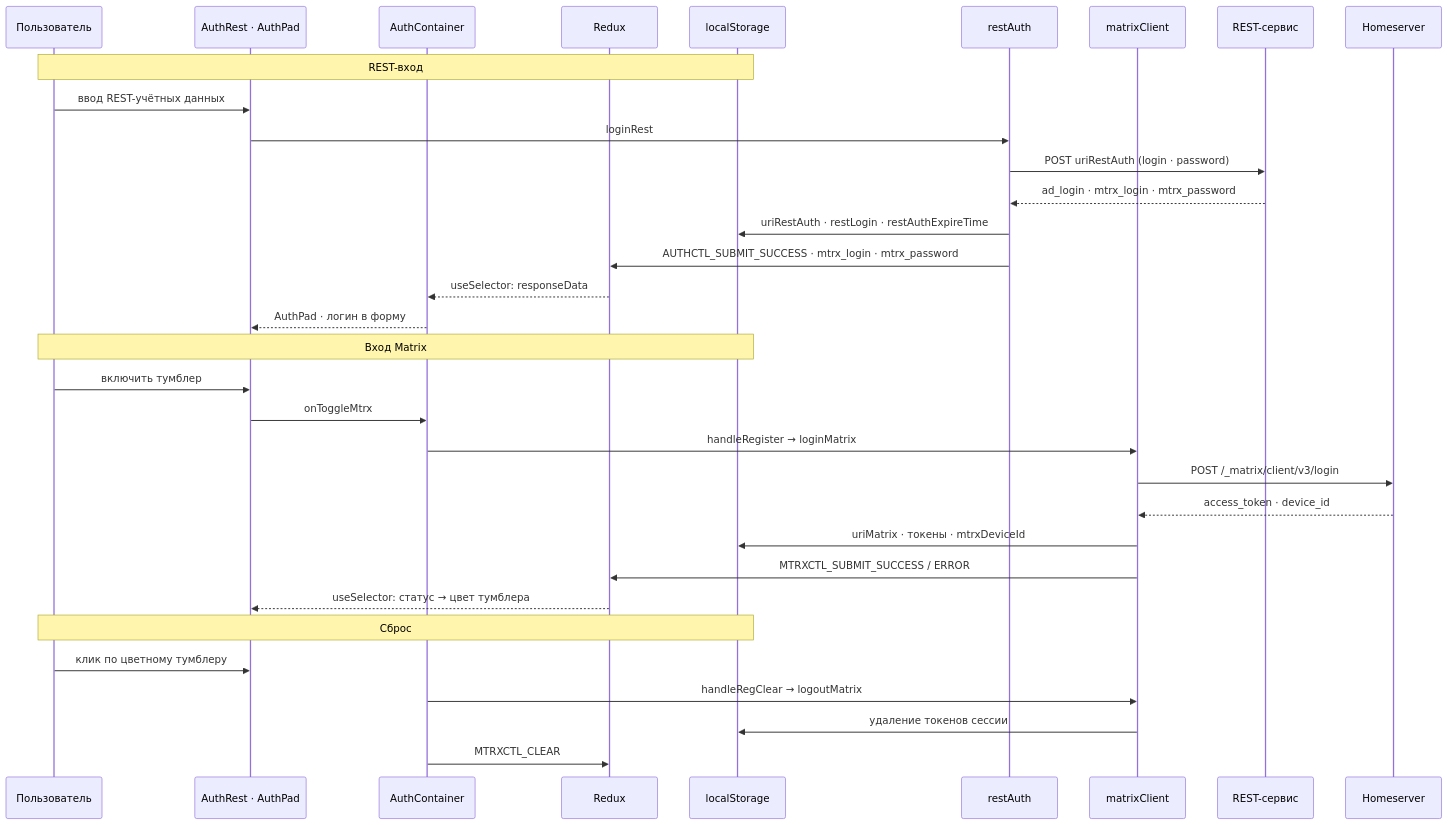
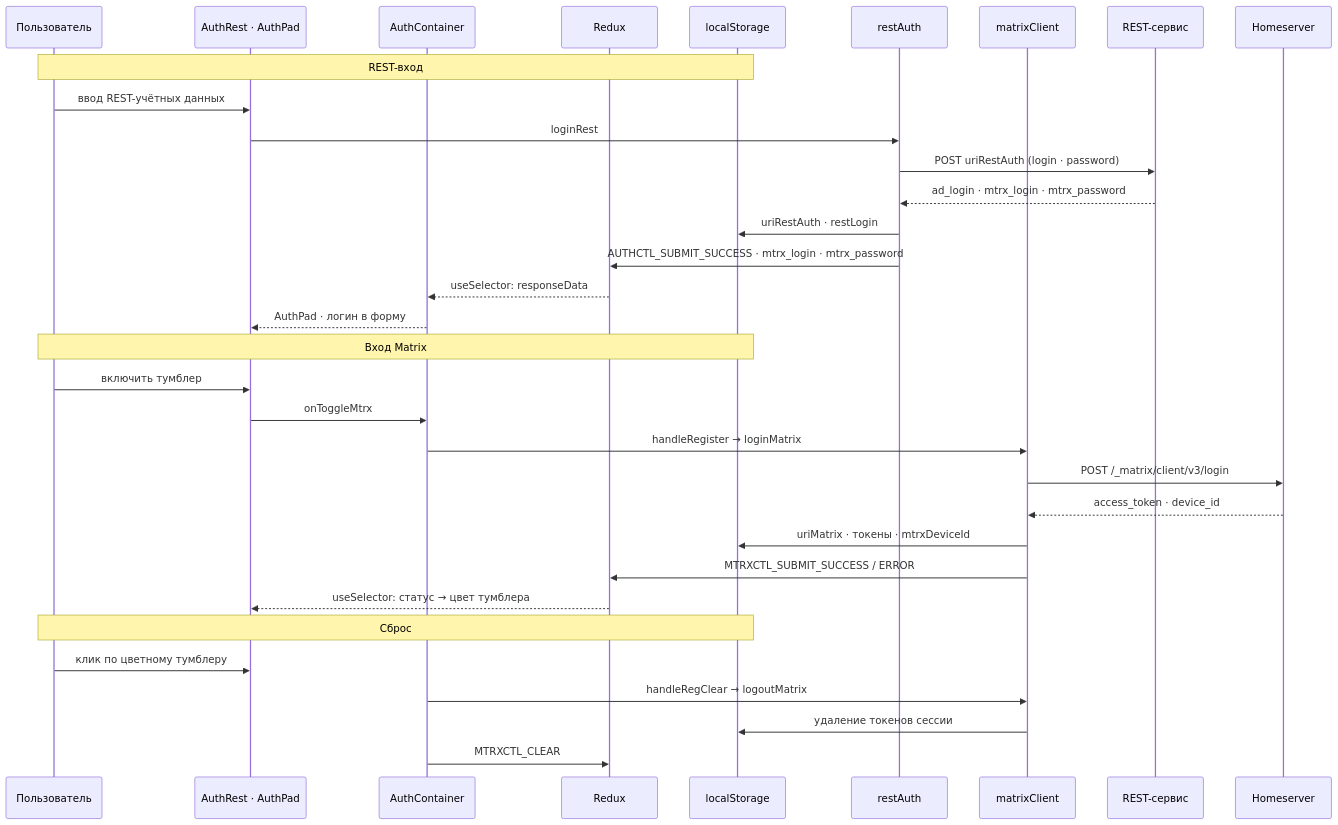
Before and after one commit to ars-anosov/matrix-react: the fourth of 5 diagrams in docs/STATE.md, drawn with Mermaid. The commit also changed other lines of this file and 14 other files, not shown here.

Commit message:
убрал REST_AUTH_EXPIRE.

````diff
--- a/docs/STATE.md
+++ b/docs/STATE.md
@@ -205,35 +204,35 @@
 ```mermaid
 sequenceDiagram
   participant P as Пользователь
   participant A as AuthRest · AuthPad
   participant B as AuthContainer
   participant RX as Redux
   participant LS as localStorage
   participant REST as restAuth
   participant M as matrixClient
   participant API as REST-сервис
   participant HS as Homeserver
   Note over P,LS: REST-вход
   P->>A: ввод REST-учётных данных
   A->>REST: loginRest
   REST->>API: POST uriRestAuth (login · password)
   API-->>REST: ad_login · mtrx_login · mtrx_password
-  REST->>LS: uriRestAuth · restLogin · restAuthExpireTime
+  REST->>LS: uriRestAuth · restLogin
   REST->>RX: AUTHCTL_SUBMIT_SUCCESS · mtrx_login · mtrx_password
   RX-->>B: useSelector: responseData
   B-->>A: AuthPad · логин в форму
   Note over P,LS: Вход Matrix
   P->>A: включить тумблер
   A->>B: onToggleMtrx
   B->>M: handleRegister → loginMatrix
   M->>HS: POST /_matrix/client/v3/login
   HS-->>M: access_token · device_id
   M->>LS: uriMatrix · токены · mtrxDeviceId
   M->>RX: MTRXCTL_SUBMIT_SUCCESS / ERROR
   RX-->>A: useSelector: статус → цвет тумблера
   Note over P,LS: Сброс
   P->>A: клик по цветному тумблеру
   B->>M: handleRegClear → logoutMatrix
   M->>LS: удаление токенов сессии
   B->>RX: MTRXCTL_CLEAR
 ```
````
